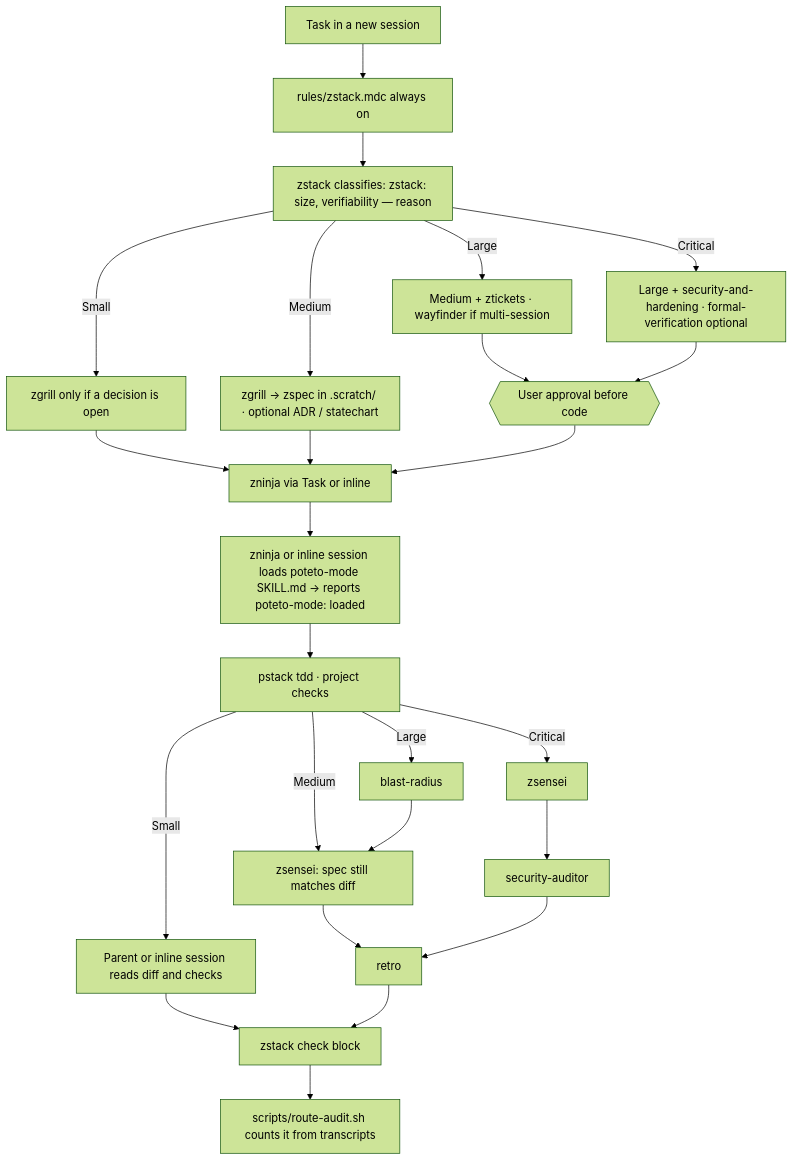
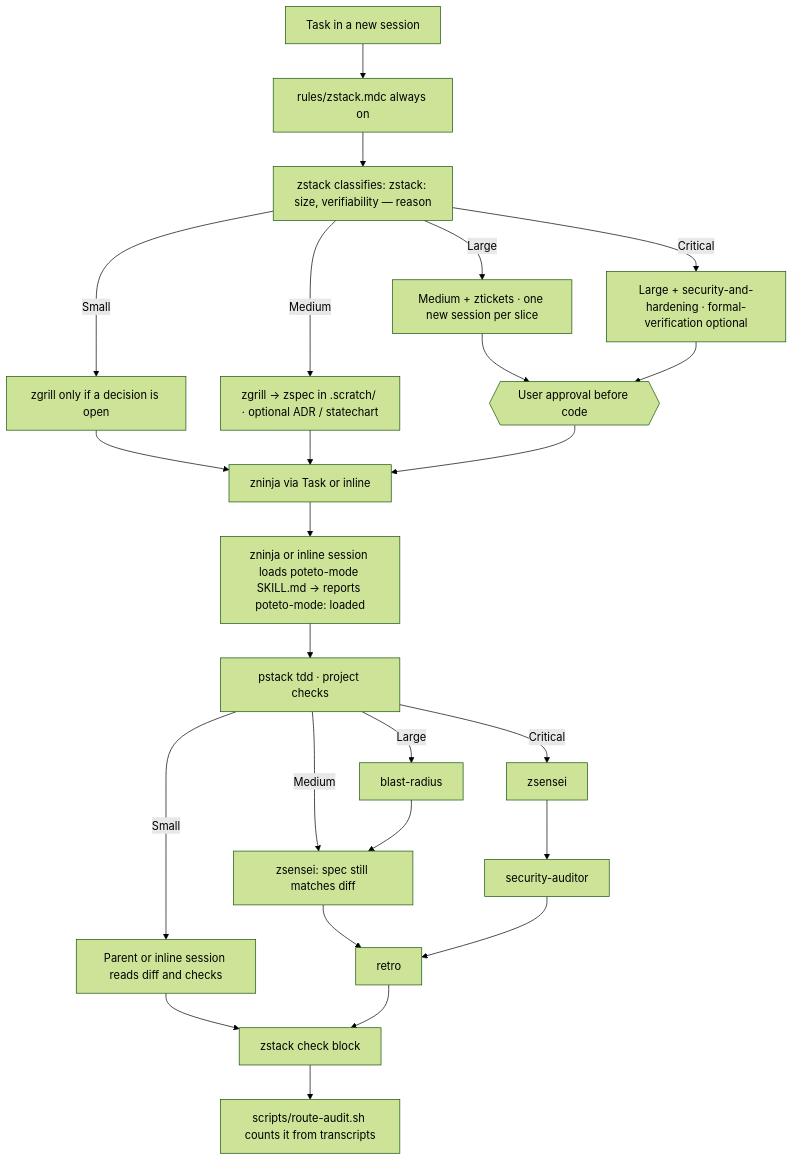
One commit to Byevenes/agent-workflow changed the diagram in docs/software-factory.md. Above: the diagram before and after it, drawn with Mermaid (forest theme). The commit also changed other lines of this file and 10 other files, not shown here.

````diff
--- a/docs/software-factory.md
+++ b/docs/software-factory.md
@@ -5,25 +5,25 @@
 ```mermaid
 flowchart TD
   task[Task in a new session] --> rule[rules/zstack.mdc always on]
   rule --> rw[zstack classifies: zstack: size, verifiability — reason]
   rw -->|Small| sPlan[zgrill only if a decision is open]
   rw -->|Medium| mPlan[zgrill → zspec in .scratch/ · optional ADR / statechart]
-  rw -->|Large| lPlan[Medium + ztickets · wayfinder if multi-session]
+  rw -->|Large| lPlan[Medium + ztickets · one new session per slice]
   rw -->|Critical| cPlan[Large + security-and-hardening · formal-verification optional]
   lPlan --> gate{{User approval before code}}
   cPlan --> gate
   sPlan --> impl
   mPlan --> impl
   gate --> impl[zninja via Task or inline]
   impl --> pm[zninja or inline session loads poteto-mode SKILL.md → reports poteto-mode: loaded]
   pm --> tdd[pstack tdd · project checks]
   tdd -->|Small| done[Parent or inline session reads diff and checks]
   tdd -->|Medium| cr[zsensei: spec still matches diff]
   tdd -->|Large| br[blast-radius] --> cr
   tdd -->|Critical| cr2[zsensei] --> sa[security-auditor]
   cr --> retro[retro]
   sa --> retro
   done --> check[zstack check block]
   retro --> check
   check --> audit[scripts/route-audit.sh counts it from transcripts]
 ```
````
